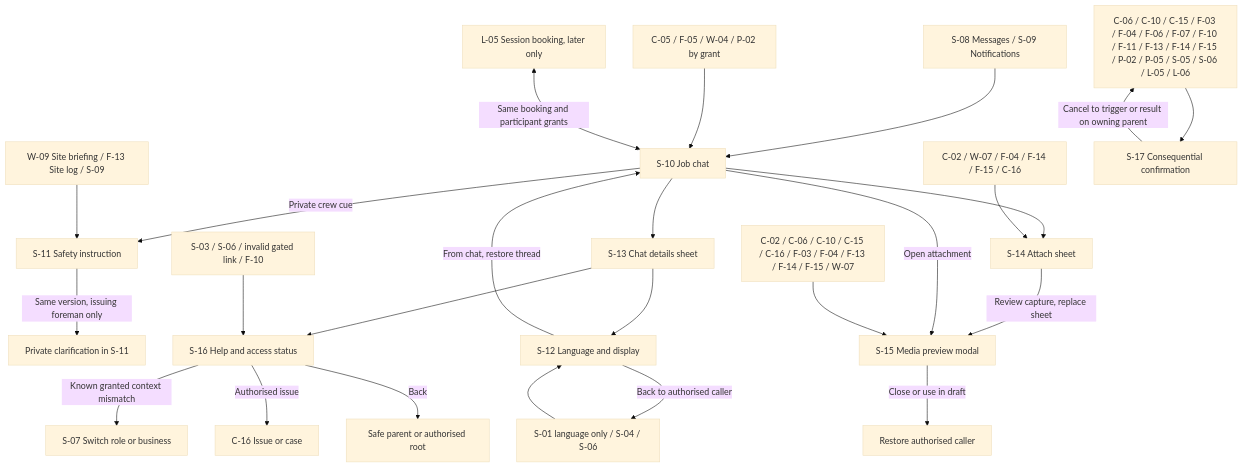
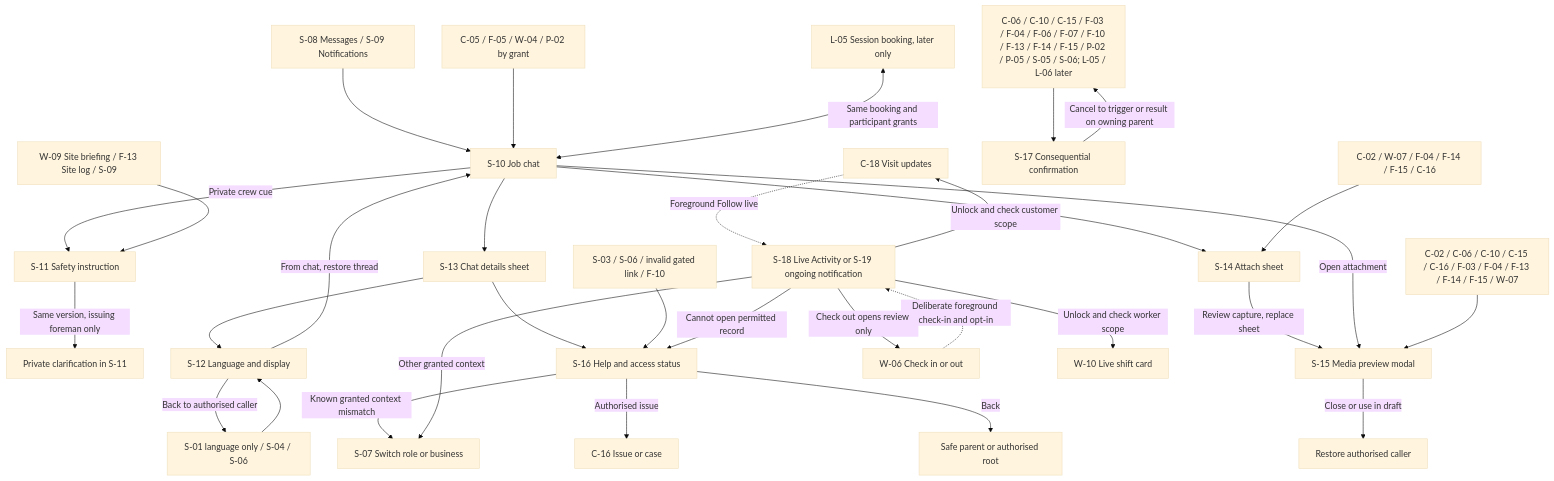
One commit to Artimunor/bookbuddy changed the diagram in design-astra/screens/shared/S-11_S-17-specs.md. Above: the diagram before and after it, drawn with Mermaid (base theme). The commit also changed other lines of this file and 42 other files, not shown here.

````diff
--- a/design-astra/screens/shared/S-11_S-17-specs.md
+++ b/design-astra/screens/shared/S-11_S-17-specs.md
@@ -186,27 +251,34 @@
 ```mermaid
 flowchart TD
     Inbox["S-08 Messages / S-09 Notifications"] --> Chat["S-10 Job chat"]
     Job["C-05 / F-05 / W-04 / P-02 by grant"] --> Chat
     Chat -->|Private crew cue| Safety["S-11 Safety instruction"]
     Brief["W-09 Site briefing / F-13 Site log / S-09"] --> Safety
     Safety -->|Same version, issuing foreman only| Private["Private clarification in S-11"]
     Later["L-05 Session booking, later only"] <-->|Same booking and participant grants| Chat
     Chat --> Details["S-13 Chat details sheet"]
     Details --> Prefs["S-12 Language and display"]
     Details --> Help["S-16 Help and access status"]
     Profile["S-01 language only / S-04 / S-06"] --> Prefs
     Prefs -->|Back to authorised caller| Profile
     Prefs -->|From chat, restore thread| Chat
     Chat --> Capture["S-14 Attach sheet"]
     WorkDraft["C-02 / W-07 / F-04 / F-14 / F-15 / C-16"] --> Capture
     Capture -->|Review capture, replace sheet| Preview["S-15 Media preview modal"]
     Chat -->|Open attachment| Preview
     Gallery["C-02 / C-06 / C-10 / C-15 / C-16 / F-03 / F-04 / F-13 / F-14 / F-15 / W-07"] --> Preview
     Preview -->|Close or use in draft| ReturnMedia["Restore authorised caller"]
     Gated["S-03 / S-06 / invalid gated link / F-10"] --> Help
     Help -->|Known granted context mismatch| Switch["S-07 Switch role or business"]
     Help -->|Authorised issue| Case["C-16 Issue or case"]
     Help -->|Back| Safe["Safe parent or authorised root"]
-    Decisions["C-06 / C-10 / C-15 / F-03 / F-04 / F-06 / F-07 / F-10 / F-11 / F-13 / F-14 / F-15 / P-02 / P-05 / S-05 / S-06 / L-05 / L-06"] --> Confirm["S-17 Consequential confirmation"]
+    Decisions["C-06 / C-10 / C-15 / F-03 / F-04 / F-06 / F-07 / F-10 / F-13 / F-14 / F-15 / P-02 / P-05 / S-05 / S-06; L-05 / L-06 later"] --> Confirm["S-17 Consequential confirmation"]
     Confirm -->|Cancel to trigger or result on owning parent| Decisions
+    Visit["C-18 Visit updates"] -.->|Foreground Follow live| Status["S-18 Live Activity or S-19 ongoing notification"]
+    Attend["W-06 Check in or out"] -.->|Deliberate foreground check-in and opt-in| Status
+    Status -->|Unlock and check customer scope| Visit
+    Status -->|Unlock and check worker scope| Shift["W-10 Live shift card"]
+    Status -->|Check out opens review only| Attend
+    Status -->|Cannot open permitted record| Help
+    Status -->|Other granted context| Switch
 ```
````
